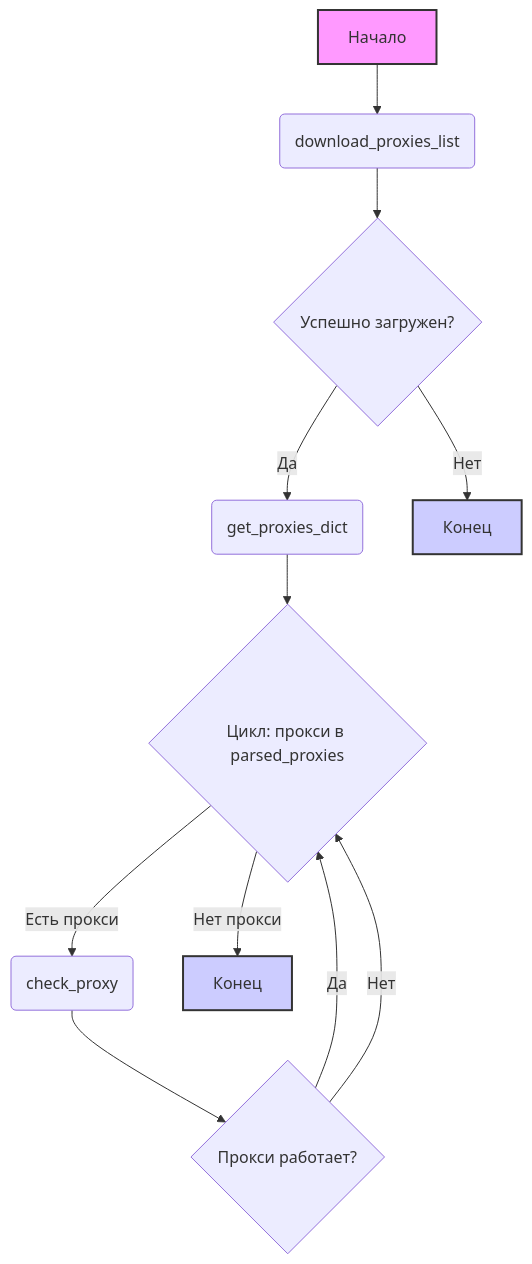
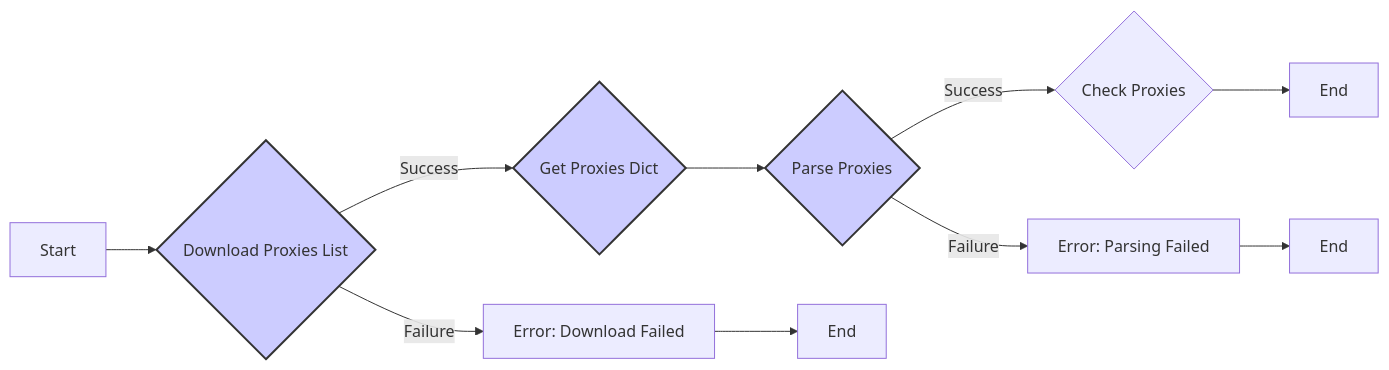
One commit to hypo69/hypo changed the first of 3 diagrams in docs/gemini/ru/explainer/src/webdriver/proxy.py.md. Above: the diagram before and after it, drawn with Mermaid. The commit also changed other lines of this file and 3338 other files, not shown here.

````diff
--- a/docs/gemini/ru/explainer/src/webdriver/proxy.py.md
+++ b/docs/gemini/ru/explainer/src/webdriver/proxy.py.md
@@ -56,17 +7,16 @@
 ```mermaid
-graph TD
-    A[Начало] --> B(download_proxies_list);
-    B --> C{Успешно загружен?};
-    C -- Да --> D(get_proxies_dict);
-    C -- Нет --> E[Конец];
-    D --> F{Цикл: прокси в parsed_proxies};
-    F -- Есть прокси --> G(check_proxy);
-    F -- Нет прокси --> H[Конец];
-    G --> I{Прокси работает?};
-    I -- Да --> F;
-    I -- Нет --> F;
-    
-    style A fill:#f9f,stroke:#333,stroke-width:2px
+graph LR
+    A[Start] --> B{Download Proxies List};
+    B -- Success --> C{Get Proxies Dict};
+    B -- Failure --> D[Error: Download Failed];
+    C --> E{Parse Proxies};
+    E -- Success --> F{Check Proxies};
+    F --> G[End];
+    E -- Failure --> H[Error: Parsing Failed];
+    D --> I[End];
+    H --> J[End]
+
+    style B fill:#ccf,stroke:#333,stroke-width:2px
+    style C fill:#ccf,stroke:#333,stroke-width:2px
     style E fill:#ccf,stroke:#333,stroke-width:2px
-    style H fill:#ccf,stroke:#333,stroke-width:2px
 ```
````
